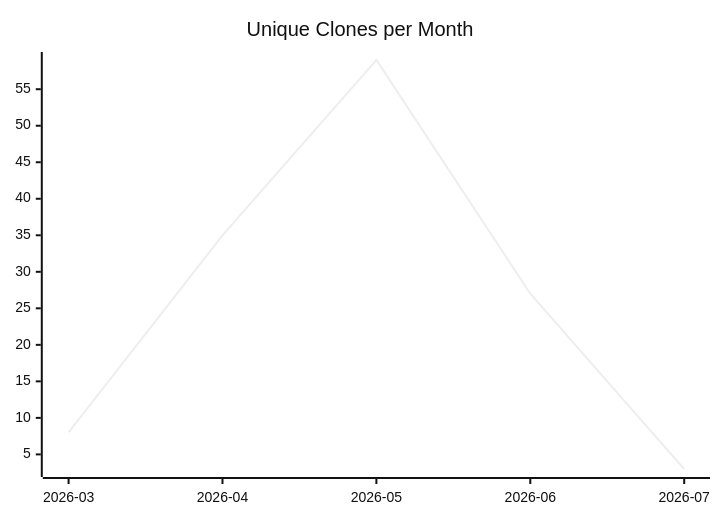
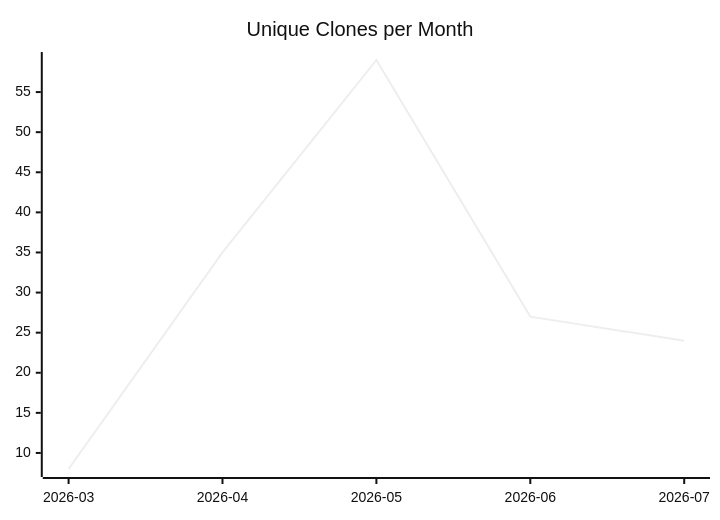
The third of 3 diagrams in karlmdavis/fhir-benchmarks/README.md (justdavis-family/github-analytics-data), drawn with Mermaid (neutral theme) before and after one commit. The commit also changed other lines of this file and 193 other files, not shown here.

````diff
--- a/karlmdavis/fhir-benchmarks/README.md
+++ b/karlmdavis/fhir-benchmarks/README.md
@@ -19,6 +19,6 @@
 ```mermaid
 xychart-beta
   title "Unique Clones per Month"
   x-axis ["2026-03", "2026-04", "2026-05", "2026-06", "2026-07"]
-  line [8, 35, 59, 27, 3]
+  line [8, 35, 59, 27, 24]
 ```
````
